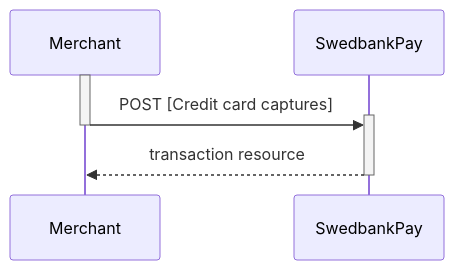
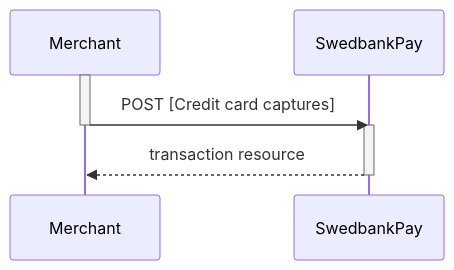
The first of 4 diagrams in payments/card/after-payment.md (SwedbankPay/developer.swedbankpay.com), drawn with Mermaid before and after one commit. The commit also changed other lines of this file and 1 other file, not shown here.

Commit message:
DX-427 Removed sections for mobile apps, payout and direct card. Header levels reorganized. Rewriting transaction sections.

````diff
--- a/payments/card/after-payment.md
+++ b/payments/card/after-payment.md
@@ -201,8 +209,7 @@
 ```mermaid
 sequenceDiagram
   activate Merchant
-  Merchant->>+SwedbankPay: POST [Credit card captures]
-  deactivate Merchant
-  SwedbankPay-->>Merchant: transaction resource
-  deactivate SwedbankPay
+  Merchant->>-SwedbankPay: POST [Credit card captures]
+  activate SwedbankPay
+  SwedbankPay-->>-Merchant: transaction resource
 ```
````
